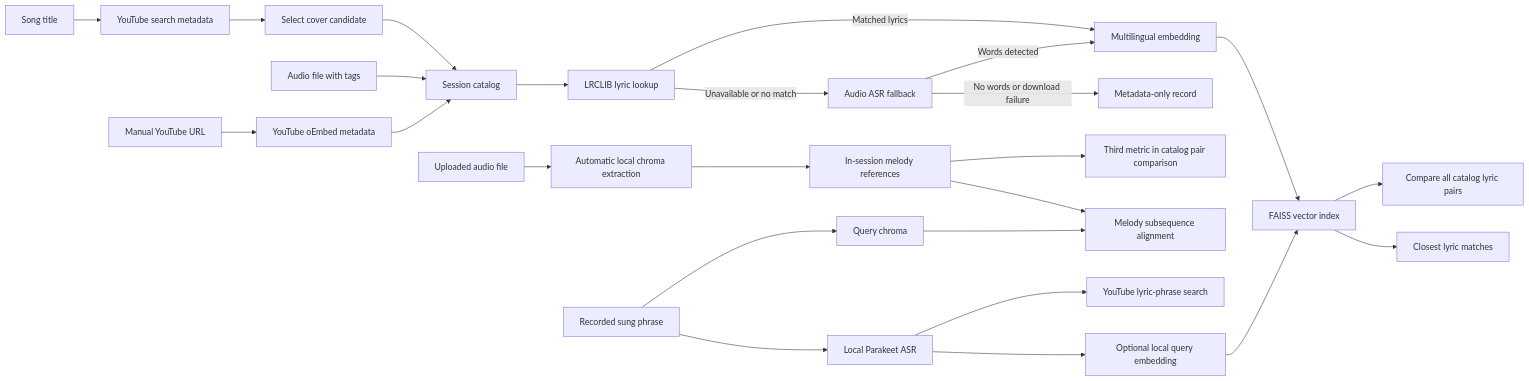
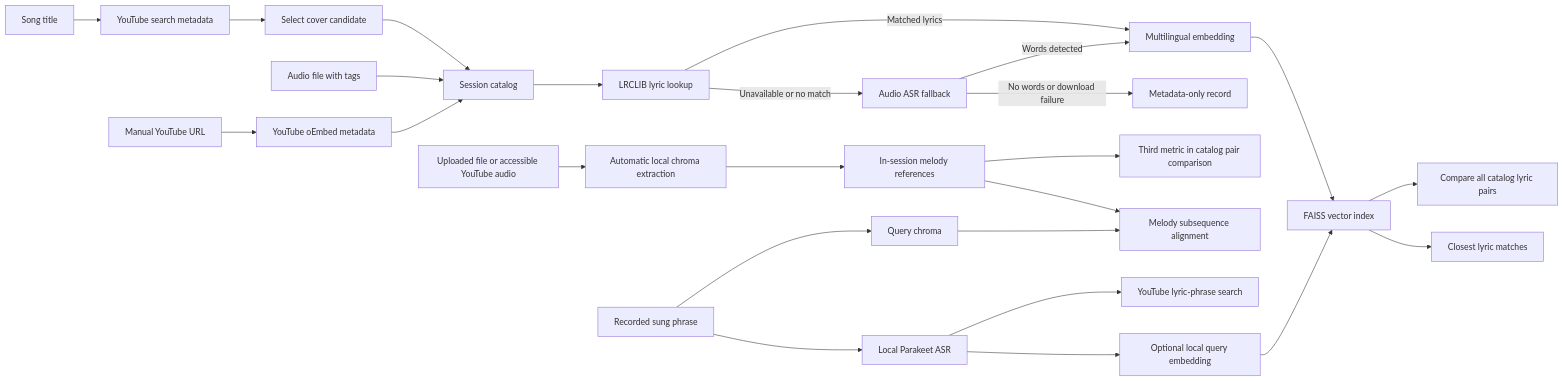
The diagram in README.md (EMH01/semantic-cover-search), drawn with Mermaid before and after one commit. The commit also changed other lines of this file, not shown here.

Commit message:
docs: automatic bounded YouTube melody extraction with shared ASR audio and failure fallback

````diff
--- a/README.md
+++ b/README.md
@@ -18,27 +18,27 @@
 ```mermaid
 flowchart LR
     A[Song title] --> Y[YouTube search metadata]
     Y --> U[Select cover candidate]
     B[Audio file with tags] --> C[Session catalog]
     D[Manual YouTube URL] --> O[YouTube oEmbed metadata]
     U --> C
     O --> C
     C --> L[LRCLIB lyric lookup]
     L -->|Matched lyrics| E[Multilingual embedding]
     L -->|Unavailable or no match| ASR[Audio ASR fallback]
     ASR -->|Words detected| E
     ASR -->|No words or download failure| M[Metadata-only record]
     E --> F[FAISS vector index]
     F --> Cmp[Compare all catalog lyric pairs]
-    H[Uploaded audio file] --> MC[Automatic local chroma extraction]
+    H[Uploaded file or accessible YouTube audio] --> MC[Automatic local chroma extraction]
     MC --> MI[In-session melody references]
     Q[Recorded sung phrase] --> HC[Query chroma]
     HC --> MS[Melody subsequence alignment]
     MI --> Pair[Third metric in catalog pair comparison]
     MI --> MS
     Q --> P[Local Parakeet ASR]
     P --> YQ[YouTube lyric-phrase search]
     P --> QE[Optional local query embedding]
     QE --> F
     F --> R[Closest lyric matches]
 ```
````
